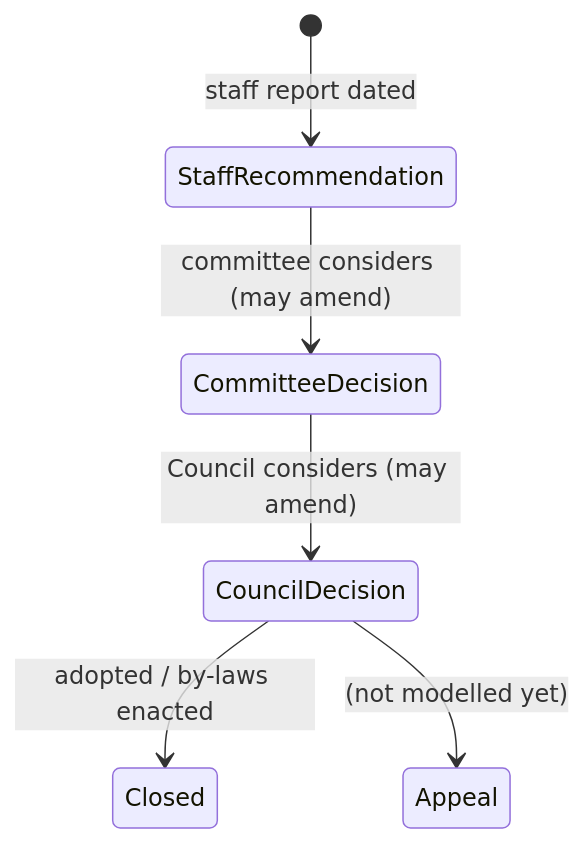
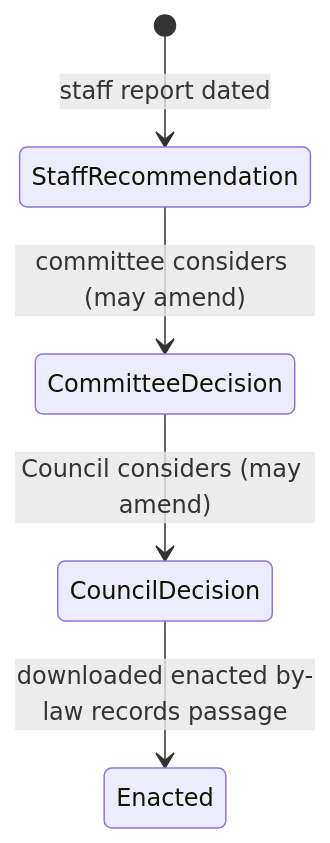
Before and after one commit to opkirat/Civify: the fourth of 5 diagrams in docs/architecture.md, drawn with Mermaid. The commit also changed other lines of this file and 7 other files, not shown here.

````diff
--- a/docs/architecture.md
+++ b/docs/architecture.md
@@ -64,8 +69,7 @@
 ```mermaid
 stateDiagram-v2
   [*] --> StaffRecommendation : staff report dated
   StaffRecommendation --> CommitteeDecision : committee considers (may amend)
   CommitteeDecision --> CouncilDecision : Council considers (may amend)
-  CouncilDecision --> Closed : adopted / by-laws enacted
-  CouncilDecision --> Appeal : (not modelled yet)
+  CouncilDecision --> Enacted : downloaded enacted by-law records passage
 ```
````
